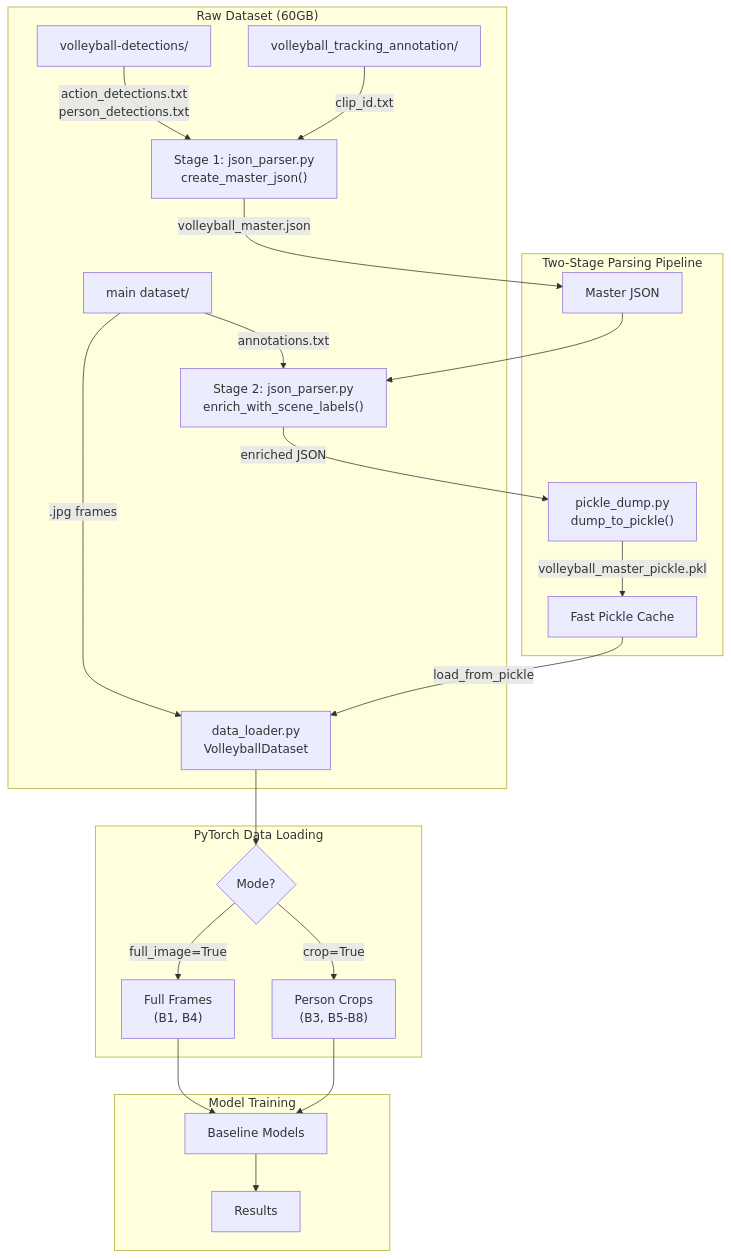
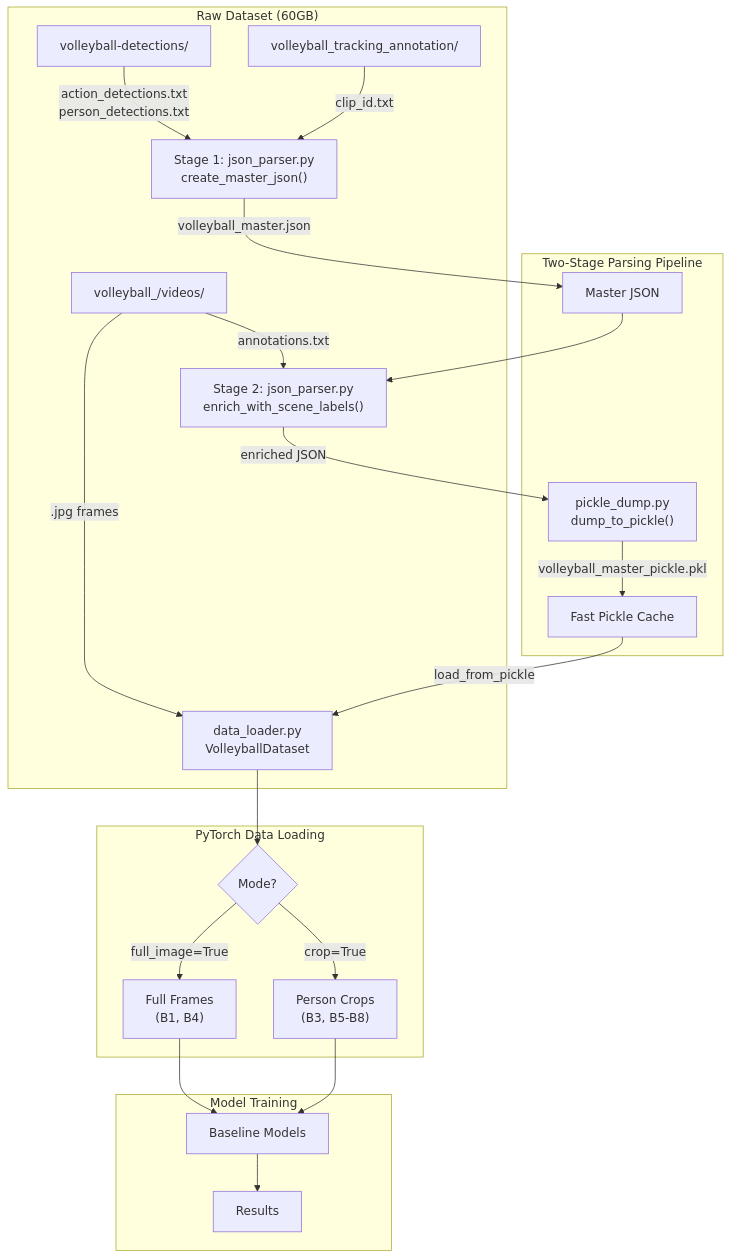
The first of 6 diagrams in README.md (omarTBakr/Volleyball-Group-Activity-Recognition), drawn with Mermaid before and after one commit. The commit also changed other lines of this file and 5 other files, not shown here.

````diff
--- a/README.md
+++ b/README.md
@@ -24,29 +24,29 @@
 ```mermaid
 graph TB
     subgraph "Raw Dataset (60GB)"
         A[volleyball-detections/] -->|action_detections.txt<br>person_detections.txt| P
         B[volleyball_tracking_annotation/] -->|clip_id.txt| P
-        C[main dataset/] -->|annotations.txt| E
+        C[volleyball_/videos/] -->|annotations.txt| E
         C -->|.jpg frames| DL
     end
 
     subgraph "Two-Stage Parsing Pipeline"
         P["Stage 1: json_parser.py<br>create_master_json()"] -->|volleyball_master.json| D
         D[Master JSON] --> E["Stage 2: json_parser.py<br>enrich_with_scene_labels()"]
         E -->|enriched JSON| F["pickle_dump.py<br>dump_to_pickle()"]
         F -->|volleyball_master_pickle.pkl| G[Fast Pickle Cache]
     end
 
     subgraph "PyTorch Data Loading"
         G -->|load_from_pickle| DL["data_loader.py<br>VolleyballDataset"]
         DL --> H{Mode?}
         H -->|full_image=True| I["Full Frames<br>(B1, B4)"]
         H -->|crop=True| J["Person Crops<br>(B3, B5-B8)"]
     end
 
     subgraph "Model Training"
         I --> M[Baseline Models]
         J --> M
         M --> R[Results]
     end
 ```
````
